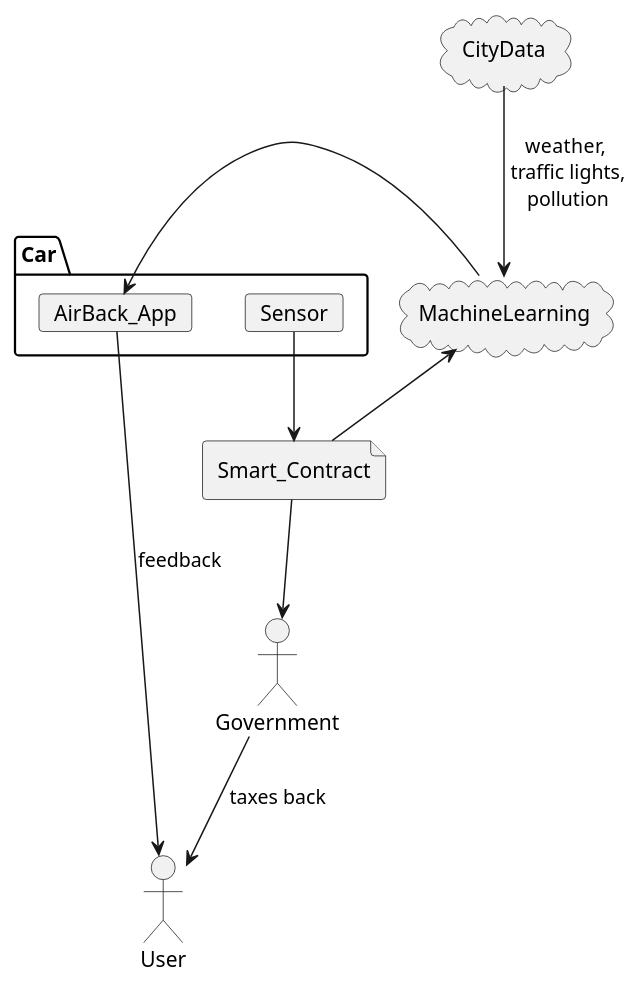
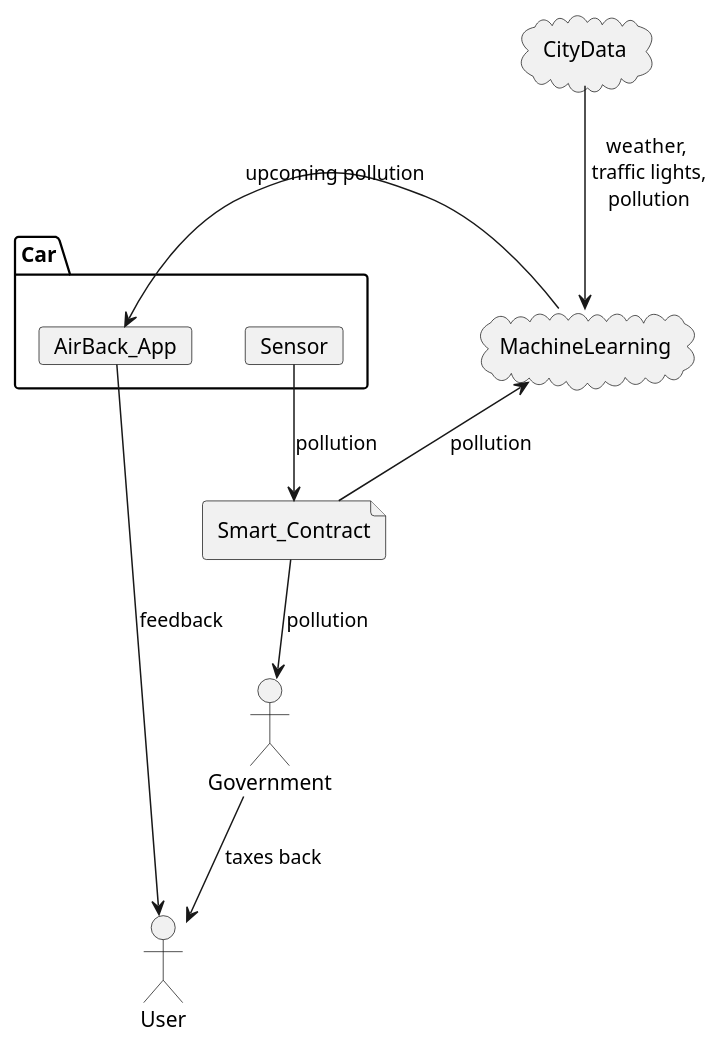
One commit to ExhaustBusters/AirBack changed the diagram in airback.puml. Above: the diagram before and after it, drawn with PlantUML. The commit also changed 1 other file, not shown here.

Commit message:
updated uml diagram

```diff
--- a/airback.puml
+++ b/airback.puml
@@ -1,19 +1,19 @@
 @startuml bet_oracle
 actor User
 actor Government
 package "Car" {
     card AirBack_App
     card Sensor
 }
 file Smart_Contract
 cloud MachineLearning
 cloud CityData
 
 User <-- AirBack_App : feedback
-AirBack_App <-- MachineLearning
-MachineLearning <-- Smart_Contract
-Smart_Contract --> Government
+AirBack_App <-- MachineLearning : upcoming pollution
+MachineLearning <-- Smart_Contract : pollution
+Smart_Contract --> Government : pollution
 Government --> User : taxes back
-Sensor --> Smart_Contract
+Sensor --> Smart_Contract : pollution
 CityData --> MachineLearning : weather,\n traffic lights,\n pollution
 @enduml
```
